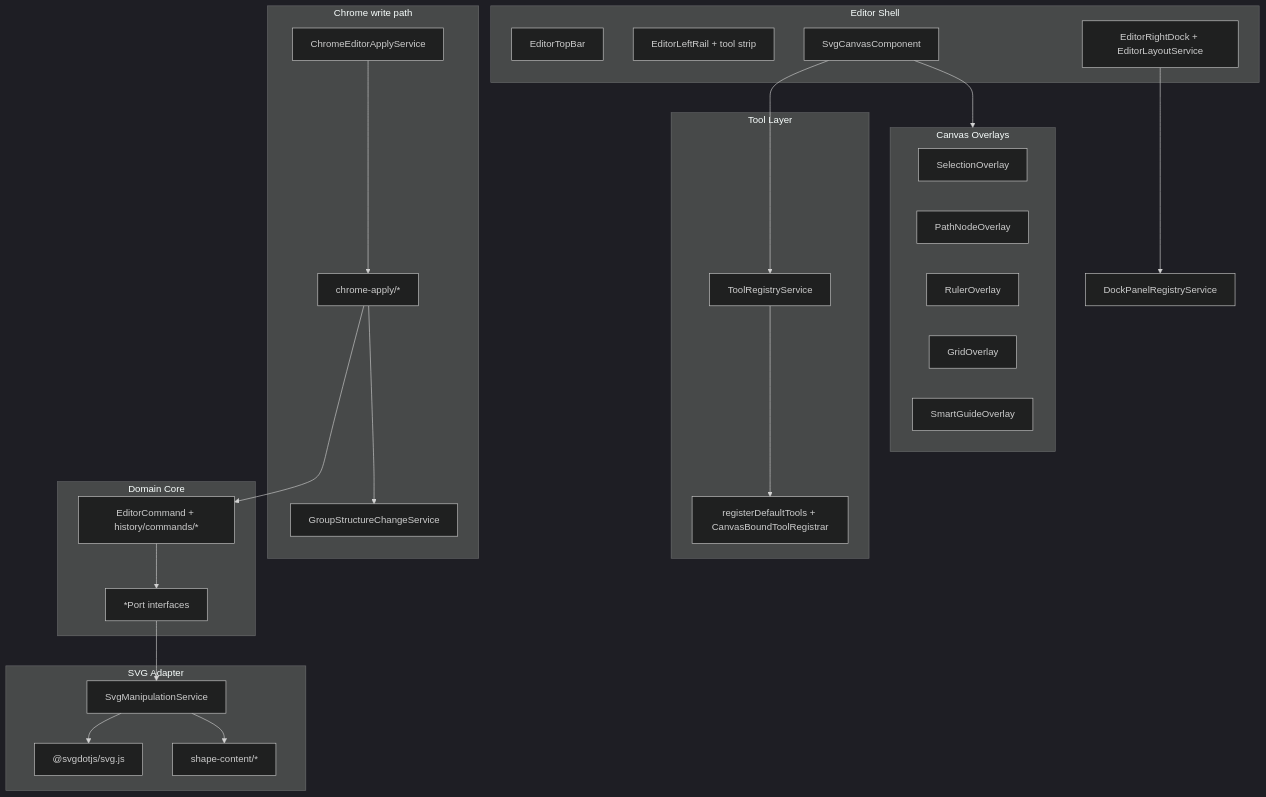
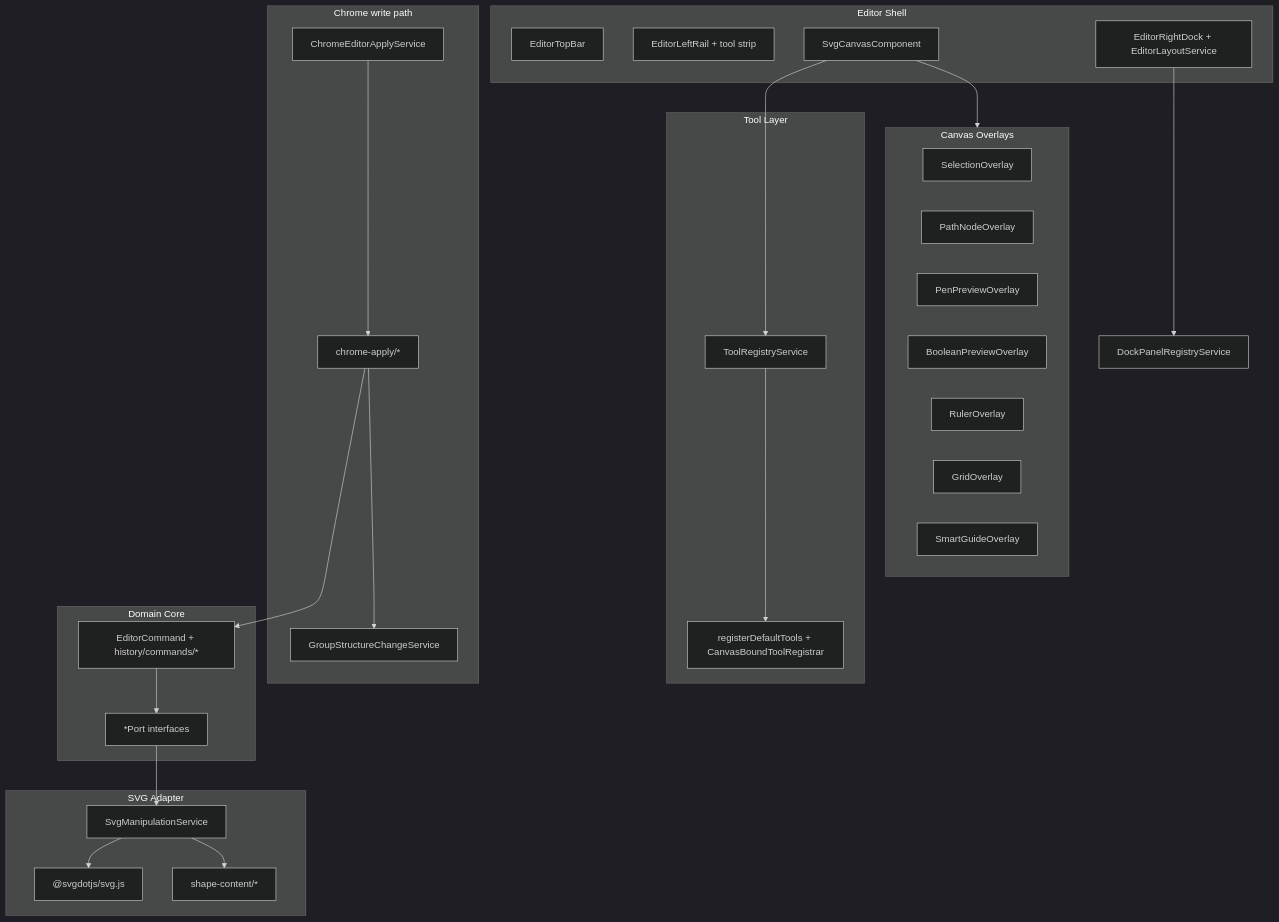
The diagram in plans/epics/hexagonal-architecture-extensibility.md (nbeckindy/svg-editor), drawn with Mermaid (dark theme) before and after one commit. The commit also changed other lines of this file and 17 other files, not shown here.

````diff
--- a/plans/epics/hexagonal-architecture-extensibility.md
+++ b/plans/epics/hexagonal-architecture-extensibility.md
@@ -144,48 +144,50 @@
 ```mermaid
 flowchart TB
   subgraph Shell["Editor Shell"]
     TopBar[EditorTopBar]
     LeftRail[EditorLeftRail + tool strip]
     Canvas[SvgCanvasComponent]
     RightDock["EditorRightDock + EditorLayoutService"]
   end
 
   subgraph Overlays["Canvas Overlays"]
     SelOverlay[SelectionOverlay]
     NodeOverlay[PathNodeOverlay]
+    PenPreview[PenPreviewOverlay]
+    BoolPreview[BooleanPreviewOverlay]
     Rulers[RulerOverlay]
     Grid[GridOverlay]
     Guides[SmartGuideOverlay]
   end
 
   subgraph ToolLayer["Tool Layer"]
     Registry[ToolRegistryService]
     DefaultTools["registerDefaultTools + CanvasBoundToolRegistrar"]
   end
 
   subgraph ChromeApply["Chrome write path"]
     ApplyFacade[ChromeEditorApplyService]
     ApplySlices["chrome-apply/*"]
     GroupChange[GroupStructureChangeService]
   end
 
   subgraph Domain["Domain Core"]
     Commands["EditorCommand + history/commands/*"]
     Ports["*Port interfaces"]
   end
 
   subgraph SVG["SVG Adapter"]
     Manip[SvgManipulationService]
     ShapeContent["shape-content/*"]
     SvgJs["@svgdotjs/svg.js"]
   end
 
   Canvas --> Registry
   Registry --> DefaultTools
   Canvas --> Overlays
   RightDock --> DockRegistry[DockPanelRegistryService]
   ApplyFacade --> ApplySlices --> Commands
   ApplySlices --> GroupChange
   Commands --> Ports --> Manip --> SvgJs
   Manip --> ShapeContent
 ```
````
